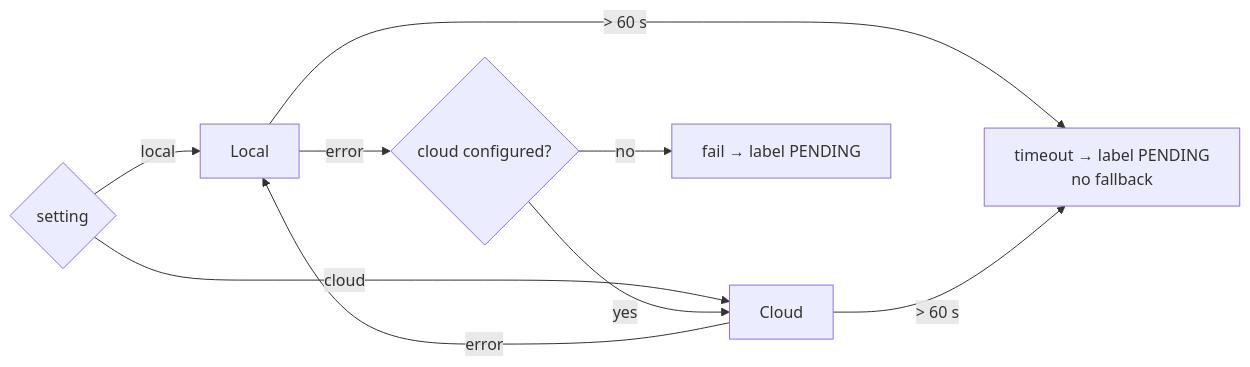
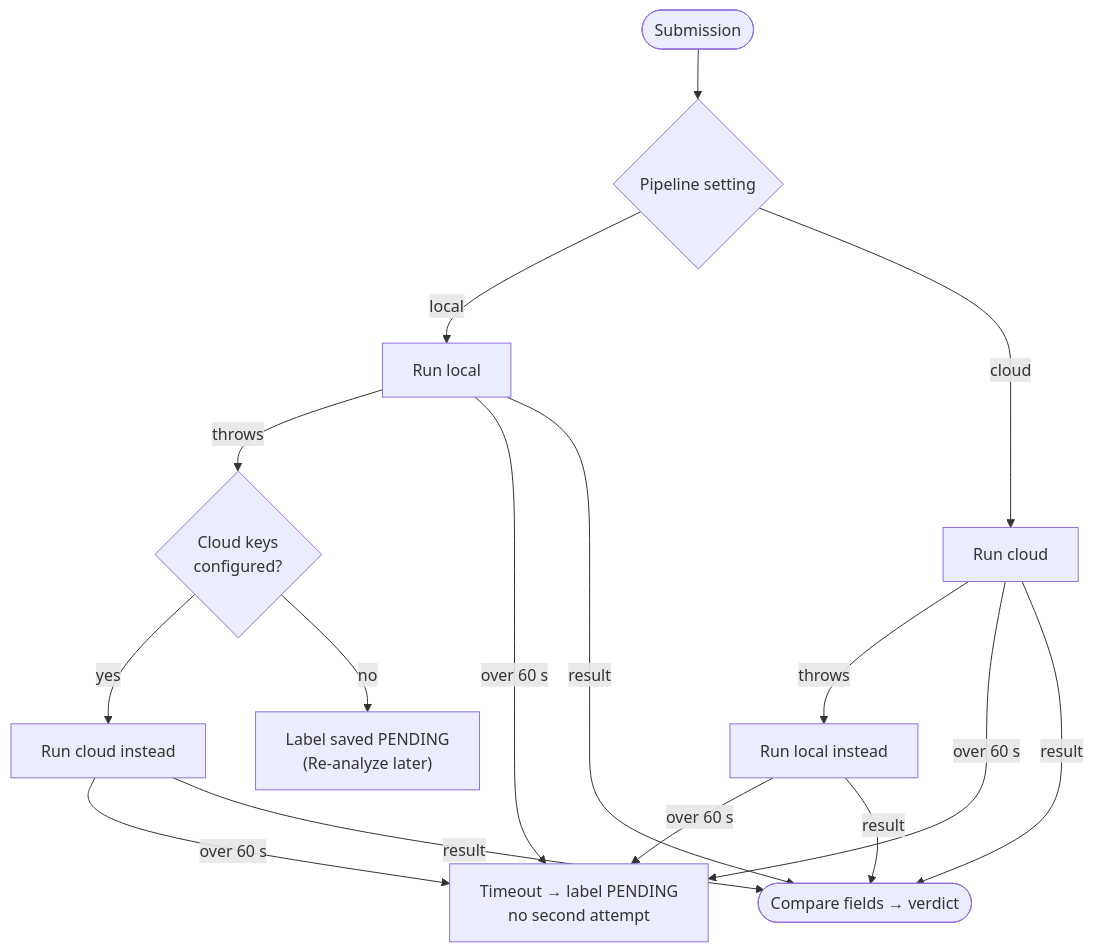
One commit to SarvariVin/ttb-label-verification changed the diagram in docs/ai-pipelines.md. Above: the diagram before and after it, drawn with Mermaid. The commit also changed other lines of this file and 251 other files, not shown here.

````diff
--- a/docs/ai-pipelines.md
+++ b/docs/ai-pipelines.md
@@ -26,10 +28,12 @@
 ```mermaid
-flowchart LR
-    s{setting} -->|local| L[Local]
-    s -->|cloud| C[Cloud]
-    L -- error --> C2{cloud configured?}
-    C2 -- yes --> C
-    C2 -- no --> F[fail → label PENDING]
-    C -- error --> L
-    L & C -- "> 60 s" --> T[timeout → label PENDING<br/>no fallback]
+flowchart TB
+    start(["Submission"]) --> s{"Pipeline setting"}
+    s -- local --> L["Run local"]
+    s -- cloud --> C["Run cloud"]
+    L -- "throws" --> cc{"Cloud keys<br/>configured?"}
+    cc -- yes --> C2["Run cloud instead"]
+    cc -- no --> F["Label saved PENDING<br/>(Re-analyze later)"]
+    C -- "throws" --> L2["Run local instead"]
+    L & C & C2 & L2 -- "over 60 s" --> T["Timeout → label PENDING<br/>no second attempt"]
+    L & C & C2 & L2 -- "result" --> OK(["Compare fields → verdict"])
 ```
````
